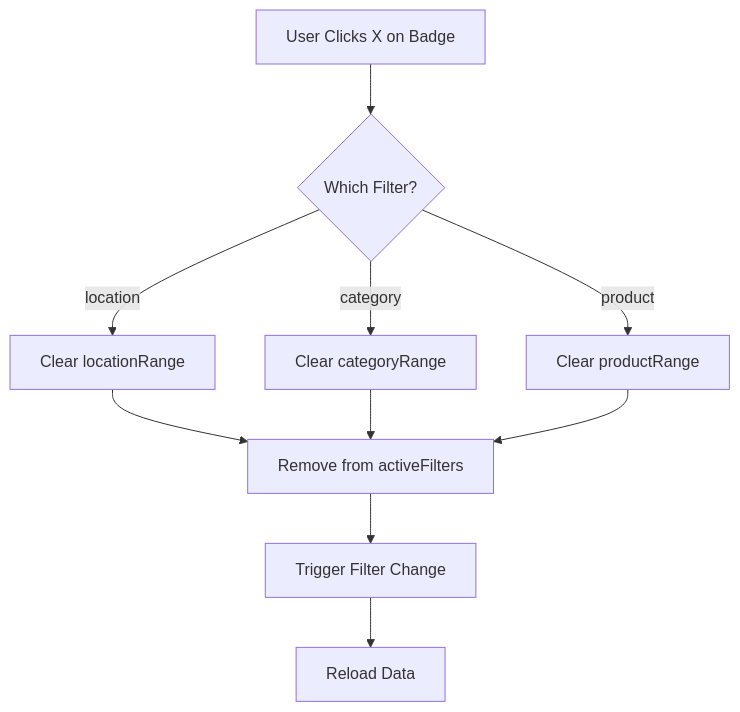
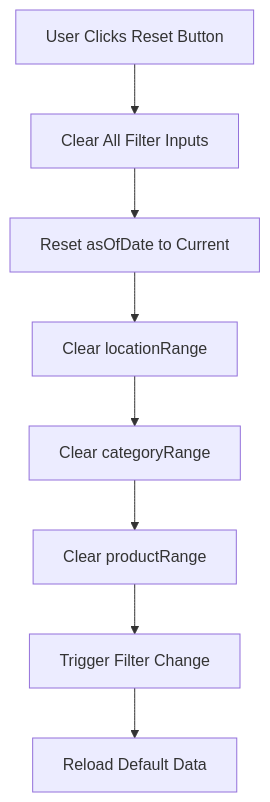
Before and after one commit to PeakMNA/carmen: the third of 16 diagrams in docs/app/inventory-management/stock-overview/inventory-balance/FD-inventory-balance.md, drawn with Mermaid. The commit also changed other lines of this file and 473 other files, not shown here.

````diff
--- a/docs/app/inventory-management/stock-overview/inventory-balance/FD-inventory-balance.md
+++ b/docs/app/inventory-management/stock-overview/inventory-balance/FD-inventory-balance.md
@@ -67,12 +66,10 @@
 ```mermaid
 flowchart TD
-    A[User Clicks X on Badge] --> B{Which Filter?}
-    B -->|location| C[Clear locationRange]
-    B -->|category| D[Clear categoryRange]
-    B -->|product| E[Clear productRange]
-    C --> F[Remove from activeFilters]
-    D --> F
-    E --> F
+    A[User Clicks Reset Button] --> B[Clear All Filter Inputs]
+    B --> C[Reset asOfDate to Current]
+    C --> D[Clear locationRange]
+    D --> E[Clear categoryRange]
+    E --> F[Clear productRange]
     F --> G[Trigger Filter Change]
-    G --> H[Reload Data]
+    G --> H[Reload Default Data]
 ```
````
